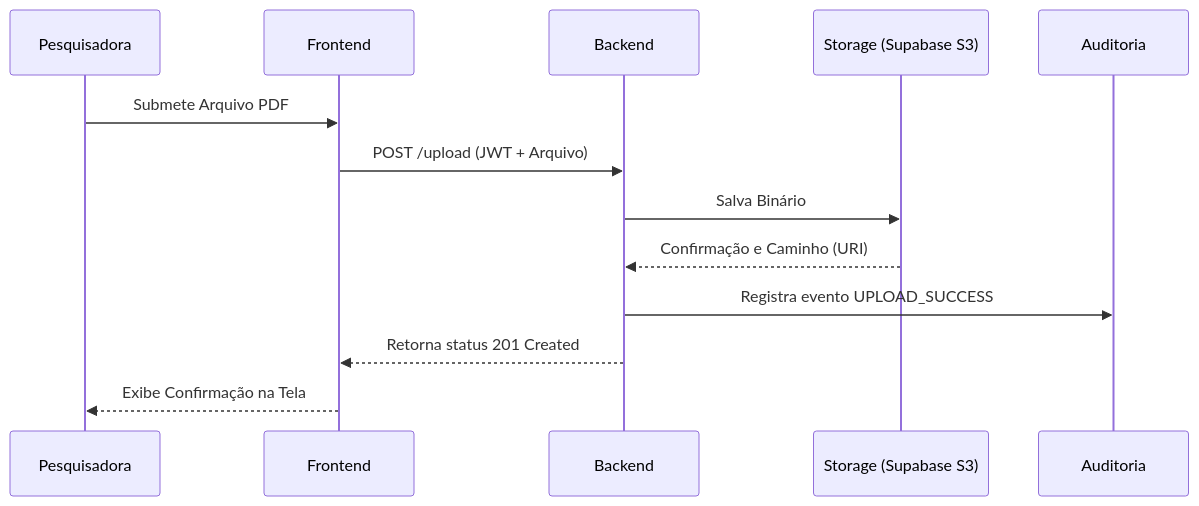
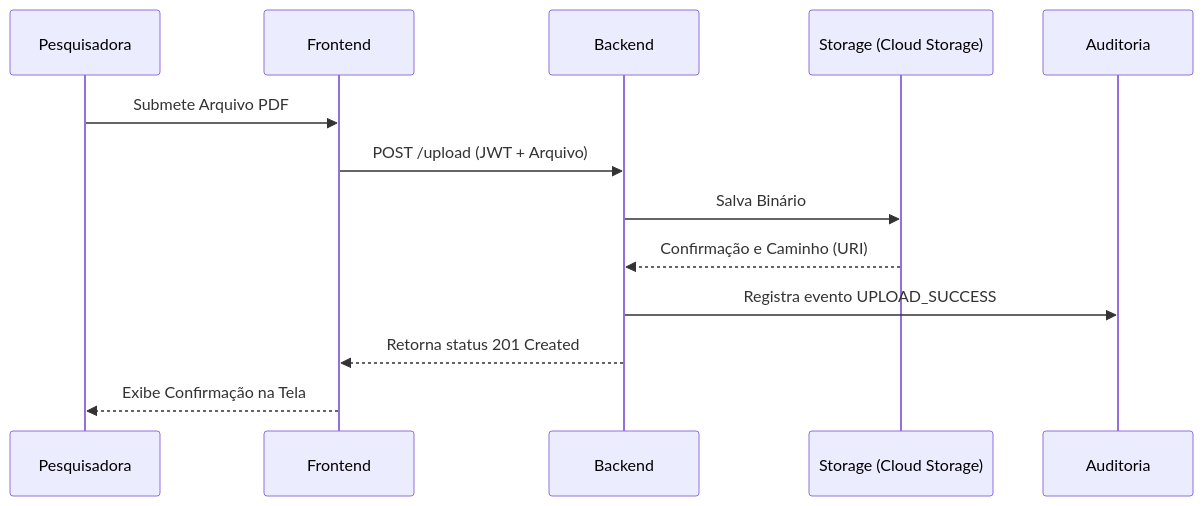
Before and after one commit to pedrohpsantos/EdTech: the second of 2 diagrams in docs/arquitetura/design_tecnico.md, drawn with Mermaid. The commit also changed 9 other files, not shown here.

Commit message:
docs: remove Supabase references and add Google Cloud ecosystem documentation

````diff
--- a/docs/arquitetura/design_tecnico.md
+++ b/docs/arquitetura/design_tecnico.md
@@ -82,16 +82,16 @@
 ```mermaid
 sequenceDiagram
     participant P as Pesquisadora
     participant F as Frontend
     participant B as Backend
-    participant S as Storage (Supabase S3)
+    participant S as Storage (Cloud Storage)
     participant A as Auditoria
 
     P->>F: Submete Arquivo PDF
     F->>B: POST /upload (JWT + Arquivo)
     B->>S: Salva Binário
     S-->>B: Confirmação e Caminho (URI)
     B->>A: Registra evento UPLOAD_SUCCESS
     B-->>F: Retorna status 201 Created
     F-->>P: Exibe Confirmação na Tela
 ```
````
